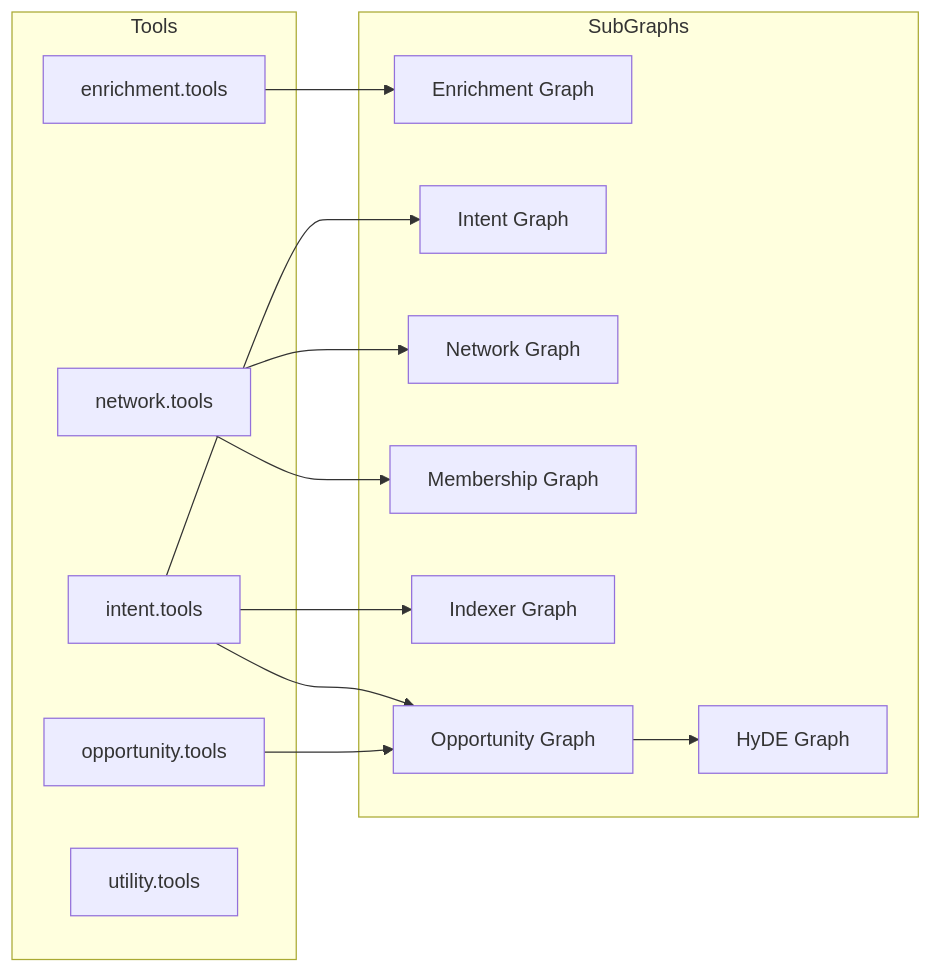
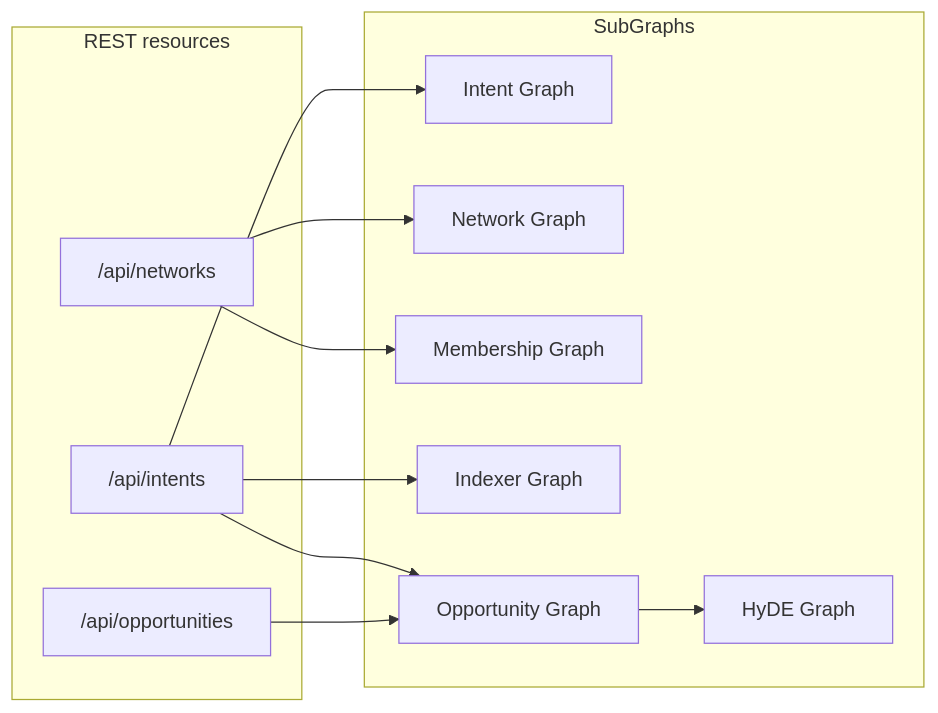
Before and after one commit to indexnetwork/index: the second of 2 diagrams in packages/protocol/src/README.md, drawn with Mermaid. The commit also changed other lines of this file and 127 other files, not shown here.

First line of the commit message:
Drop tool API in favor of REST resources

````diff
--- a/packages/protocol/src/README.md
+++ b/packages/protocol/src/README.md
@@ -155,29 +138,25 @@
 ```mermaid
 flowchart LR
-    subgraph tools [Tools]
-        PT[enrichment.tools]
-        IT[intent.tools]
-        IdxT[network.tools]
-        OT[opportunity.tools]
-        UT[utility.tools]
+    subgraph resources [REST resources]
+        IR["/api/intents"]
+        NR["/api/networks"]
+        OR["/api/opportunities"]
     end
 
     subgraph graphs [SubGraphs]
-        PG[Enrichment Graph]
         IG[Intent Graph]
         IxG[Network Graph]
         IMG[Membership Graph]
         IIG[Indexer Graph]
         OG[Opportunity Graph]
         HG[HyDE Graph]
     end
 
-    PT --> PG
-    IT --> IG
-    IT --> IIG
-    IT --> OG
-    IdxT --> IxG
-    IdxT --> IMG
-    OT --> OG
+    IR --> IG
+    IR --> IIG
+    IR --> OG
+    NR --> IxG
+    NR --> IMG
+    OR --> OG
     OG --> HG
 ```
````
